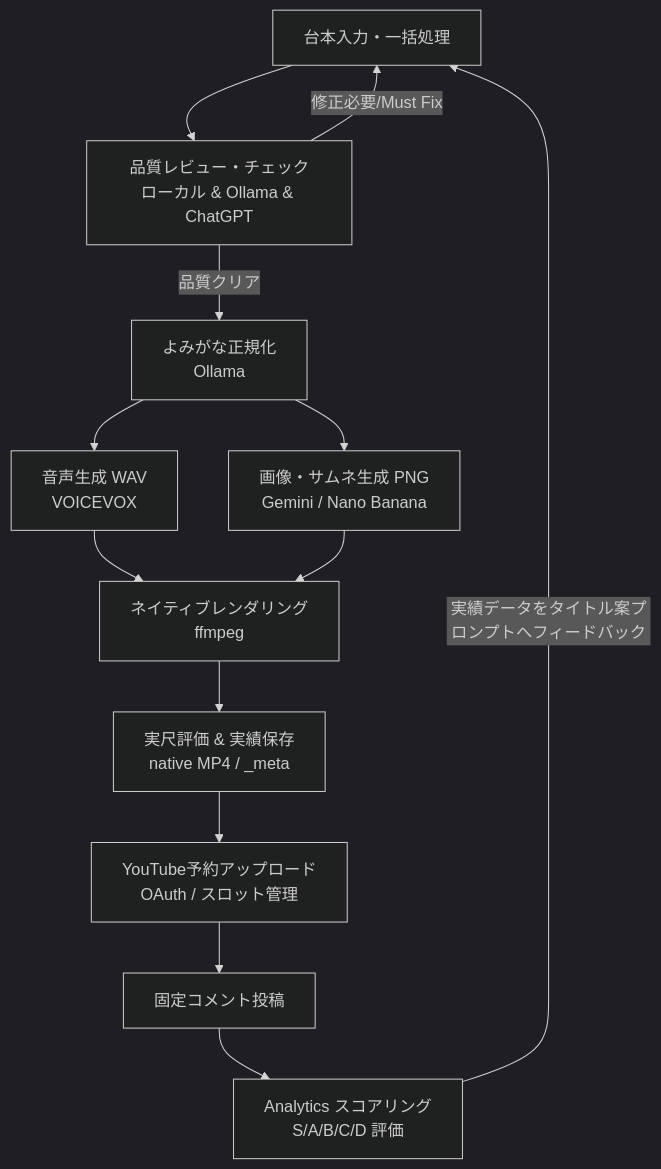
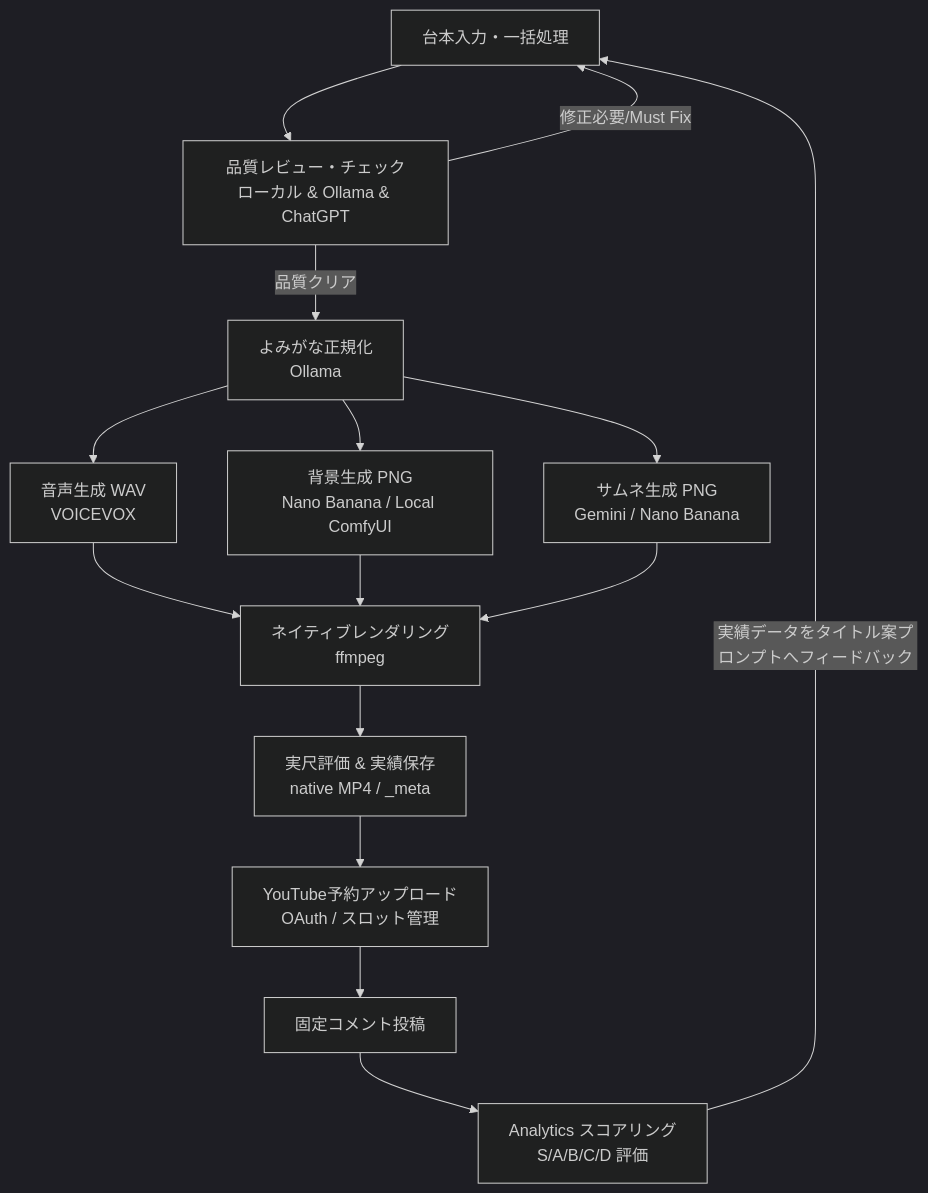
The diagram in README.md (benybeny777/PicoCast), drawn with Mermaid (dark theme) before and after one commit. The commit also changed other lines of this file and 31 other files, not shown here.

First line of the commit message:
Local/ComfyUI背景生成・デバッグログ・よみがな正規化・ダッシュボード改善

````diff
--- a/README.md
+++ b/README.md
@@ -12,15 +12,17 @@
 ```mermaid
 graph TD
     A[台本入力・一括処理] --> B[品質レビュー・チェック<br/>ローカル & Ollama & ChatGPT]
     B -->|修正必要/Must Fix| A
     B -->|品質クリア| C[よみがな正規化<br/>Ollama]
     C --> D[音声生成 WAV<br/>VOICEVOX]
-    C --> E[画像・サムネ生成 PNG<br/>Gemini / Nano Banana]
+    C --> E[背景生成 PNG<br/>Nano Banana / Local ComfyUI]
+    C --> T[サムネ生成 PNG<br/>Gemini / Nano Banana]
     D --> F[ネイティブレンダリング<br/>ffmpeg]
     E --> F
+    T --> F
     F --> G[実尺評価 & 実績保存<br/>native MP4 / _meta]
     G --> H[YouTube予約アップロード<br/>OAuth / スロット管理]
     H --> I[固定コメント投稿]
     I --> J[Analytics スコアリング<br/>S/A/B/C/D 評価]
     J -->|実績データをタイトル案プロンプトへフィードバック| A
 ```
````
